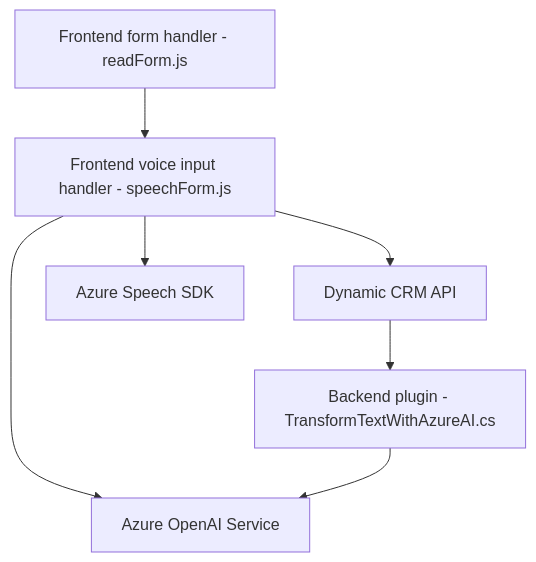
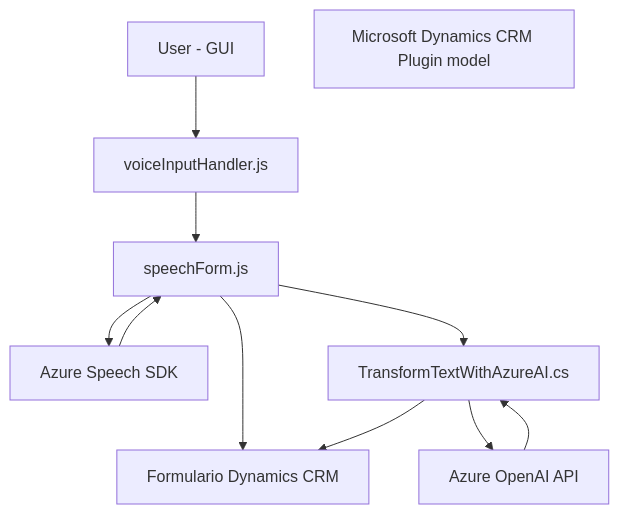
One commit to blopezdm/NETCORE_BILBAO2025 changed the diagram in README.md. Above: the diagram before and after it, drawn with Mermaid. The commit also changed other lines of this file, not shown here.

````diff
--- a/README.md
+++ b/README.md
@@ -30,16 +33,21 @@
 ```mermaid
 graph TD
-    A[Frontend form handler - readForm.js]
-    B[Frontend voice input handler - speechForm.js]
-    C[Backend plugin - TransformTextWithAzureAI.cs]
-    D[Dynamic CRM API]
-    E[Azure Speech SDK]
-    F[Azure OpenAI Service]
-    
-    A --> B
-    B --> E
-    B --> D
-    B --> F
-    D --> C
-    C --> F
+  A[User - GUI]
+  B[voiceInputHandler.js]
+  C[speechForm.js]
+  D[Azure Speech SDK]
+  E[TransformTextWithAzureAI.cs]
+  F["Microsoft Dynamics CRM Plugin model"]
+  G[Azure OpenAI API]
+  H[Formulario Dynamics CRM]
+  
+  A --> B
+  B --> C
+  C --> D
+  C --> H
+  D --> C
+  C --> E
+  E --> G
+  G --> E
+  E --> H
 ```
````
